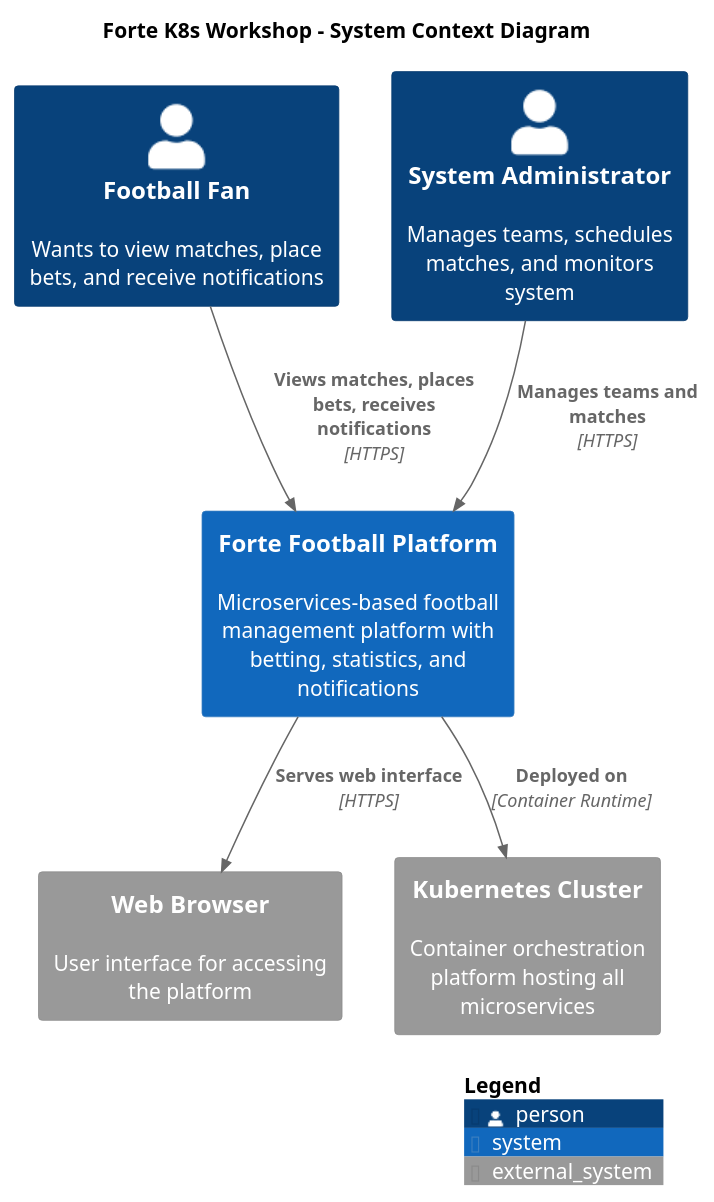
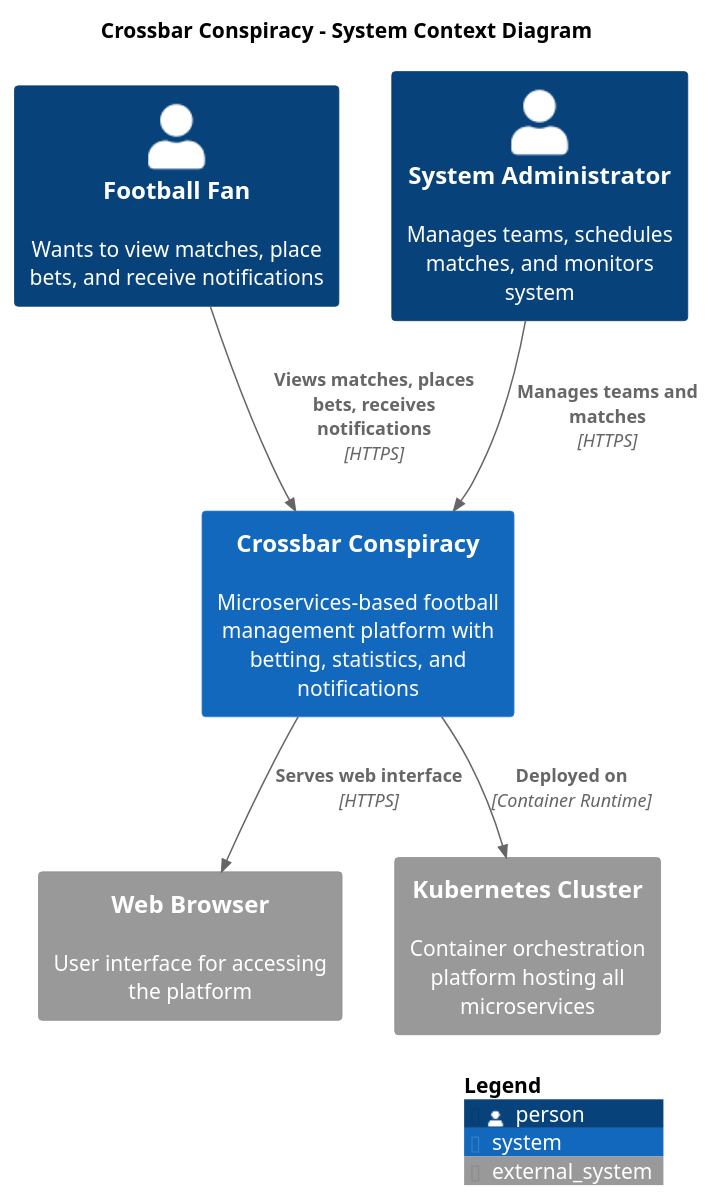
One commit to Thorstensen/forte-k8s-workshop changed the diagram in documentation/diagrams/c4/context.puml. Above: the diagram before and after it, drawn with PlantUML. The commit also changed 2 other files, not shown here.

Commit message:
updated presentation and architecture diagrams

```diff
--- a/documentation/diagrams/c4/context.puml
+++ b/documentation/diagrams/c4/context.puml
@@ -1,22 +1,22 @@
-@startuml "Forte K8s Workshop - System Context"
+@startuml "Crossbar Conspiracy - System Context"
 !include https://raw.githubusercontent.com/plantuml-stdlib/C4-PlantUML/master/C4_Context.puml
 
 LAYOUT_TOP_DOWN()
 
-title Forte K8s Workshop - System Context Diagram
+title Crossbar Conspiracy - System Context Diagram
 
 Person(user, "Football Fan", "Wants to view matches, place bets, and receive notifications")
 Person(admin, "System Administrator", "Manages teams, schedules matches, and monitors system")
 
-System(forte_system, "Forte Football Platform", "Microservices-based football management platform with betting, statistics, and notifications")
+System(forte_system, "Crossbar Conspiracy", "Microservices-based football management platform with betting, statistics, and notifications")
 
 System_Ext(browser, "Web Browser", "User interface for accessing the platform")
 System_Ext(kubernetes, "Kubernetes Cluster", "Container orchestration platform hosting all microservices")
 
 Rel(user, forte_system, "Views matches, places bets, receives notifications", "HTTPS")
 Rel(admin, forte_system, "Manages teams and matches", "HTTPS")
 Rel(forte_system, browser, "Serves web interface", "HTTPS")
 Rel(forte_system, kubernetes, "Deployed on", "Container Runtime")
 
 SHOW_LEGEND()
 @enduml
```
